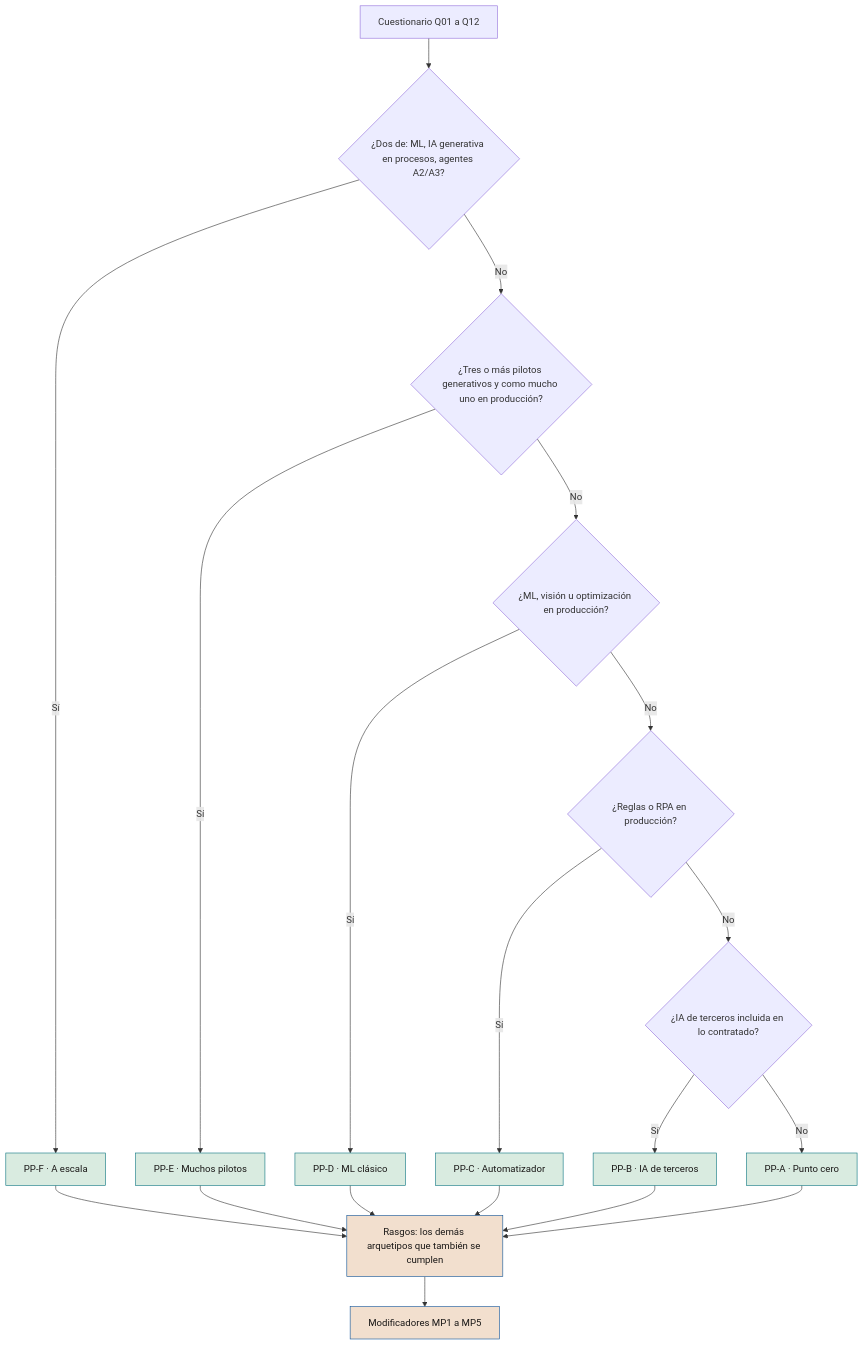
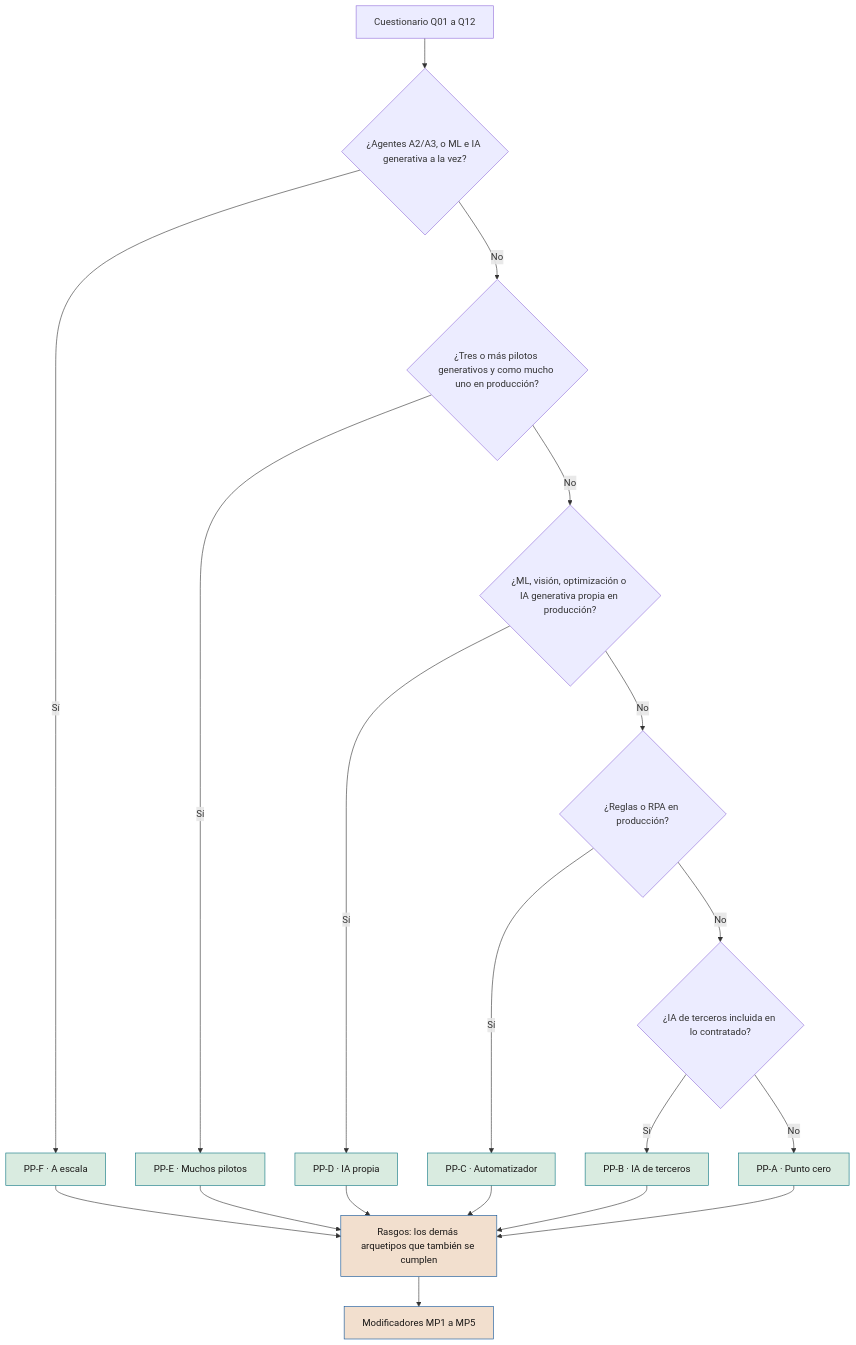
One commit to seachad/AI_CONSULTING changed the first of 2 diagrams in SEVEN-G/mds/es/96_SEVEN-G_Puntos_de_partida_y_recorrido_de_implantacion.md. Above: the diagram before and after it, drawn with Mermaid. The commit also changed other lines of this file and 36 other files, not shown here.

````diff
--- a/SEVEN-G/mds/es/96_SEVEN-G_Puntos_de_partida_y_recorrido_de_implantacion.md
+++ b/SEVEN-G/mds/es/96_SEVEN-G_Puntos_de_partida_y_recorrido_de_implantacion.md
@@ -70,20 +70,20 @@
 ```mermaid
 flowchart TD
-  Q["Cuestionario Q01 a Q12"] --> F{"¿Dos de: ML, IA generativa en procesos, agentes A2/A3?"}
+  Q["Cuestionario Q01 a Q12"] --> F{"¿Agentes A2/A3, o ML e IA generativa a la vez?"}
   F -->|"Sí"| PF["PP-F · A escala"]
   F -->|"No"| E{"¿Tres o más pilotos generativos y como mucho uno en producción?"}
   E -->|"Sí"| PE["PP-E · Muchos pilotos"]
-  E -->|"No"| D{"¿ML, visión u optimización en producción?"}
-  D -->|"Sí"| PD["PP-D · ML clásico"]
+  E -->|"No"| D{"¿ML, visión, optimización o IA generativa propia en producción?"}
+  D -->|"Sí"| PD["PP-D · IA propia"]
   D -->|"No"| C{"¿Reglas o RPA en producción?"}
   C -->|"Sí"| PC["PP-C · Automatizador"]
   C -->|"No"| B{"¿IA de terceros incluida en lo contratado?"}
   B -->|"Sí"| PB["PP-B · IA de terceros"]
   B -->|"No"| PA["PP-A · Punto cero"]
   PF & PE & PD & PC & PB & PA --> R["Rasgos: los demás arquetipos que también se cumplen"]
   R --> M["Modificadores MP1 a MP5"]
   classDef ok fill:#d9ebe0,stroke:#0d7680,color:#1a1817
   classDef med fill:#f2dfce,stroke:#0f5499,color:#1a1817
   class PF,PE,PD,PC,PB,PA ok
   class R,M med
 ```
````
